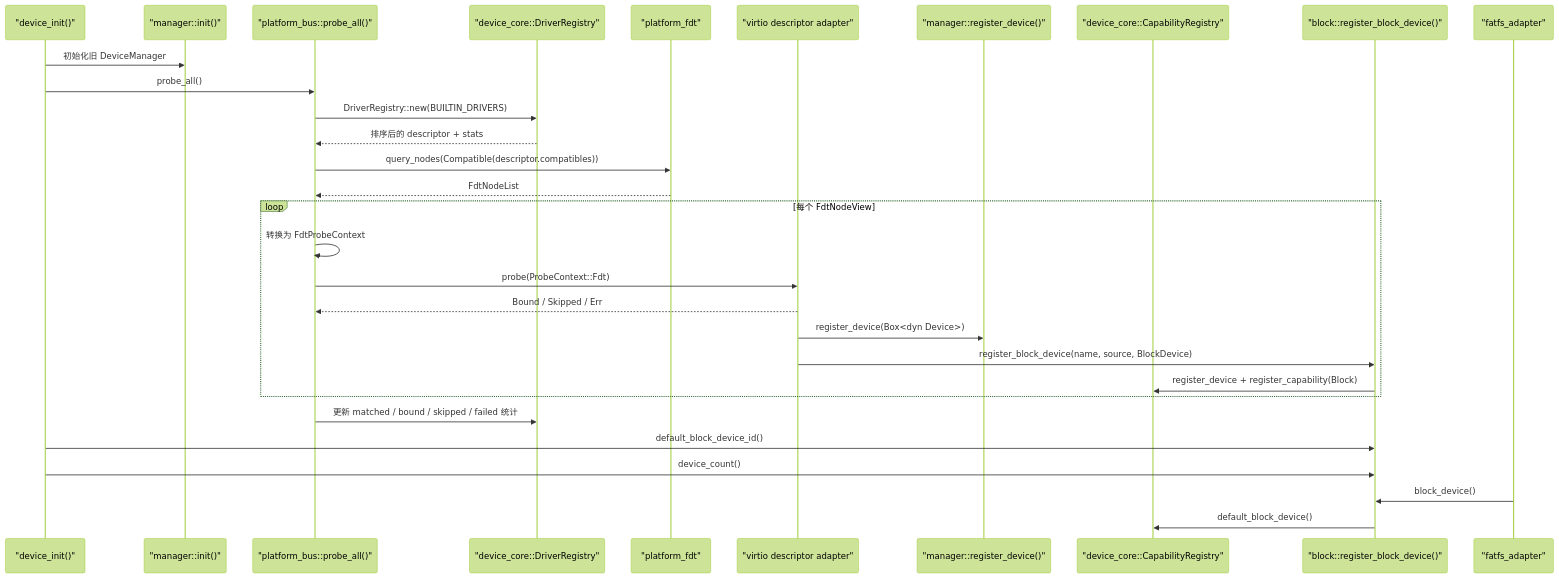
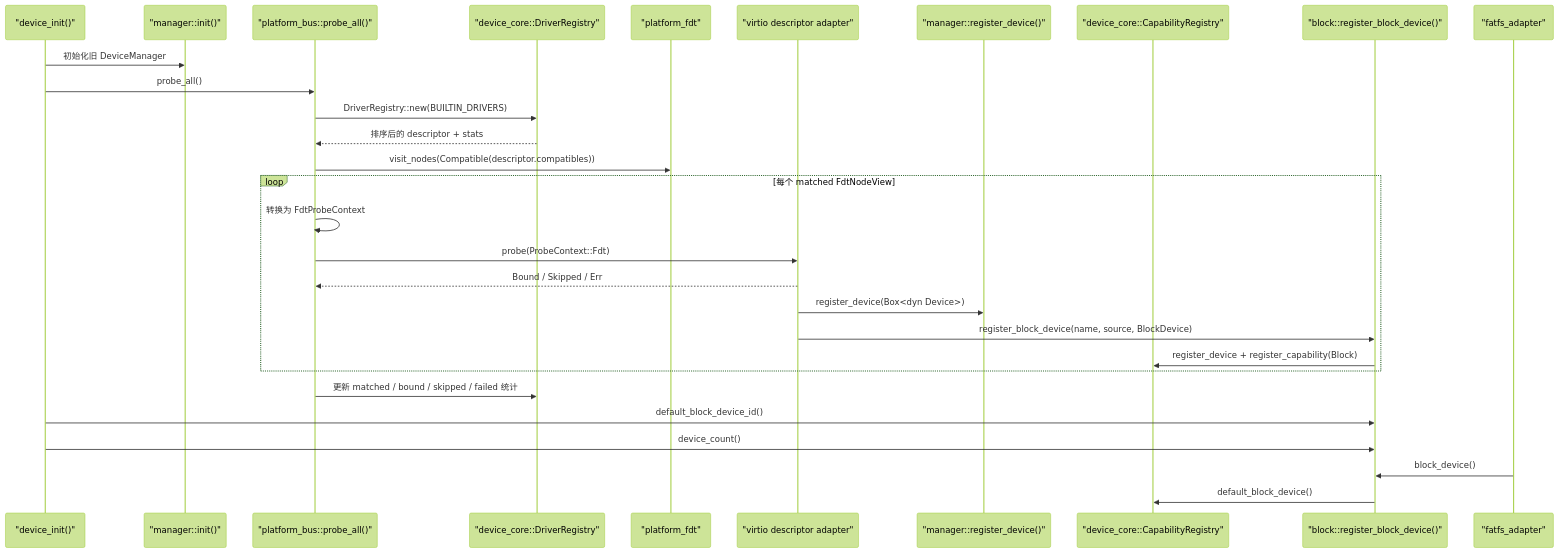
The first of 2 diagrams in docs/design/device-d2-driver-descriptor-probe.md (MRNIU/SimpleKernel), drawn with Mermaid (forest theme) before and after one commit. The commit also changed other lines of this file and 4 other files, not shown here.

First line of the commit message:
fix(device): stream FDT compatible probing

````diff
--- a/docs/design/device-d2-driver-descriptor-probe.md
+++ b/docs/design/device-d2-driver-descriptor-probe.md
@@ -94,33 +94,32 @@
 ```mermaid
 sequenceDiagram
   participant Init as "device_init()"
   participant Manager as "manager::init()"
   participant Bus as "platform_bus::probe_all()"
   participant Registry as "device_core::DriverRegistry"
   participant Fdt as "platform_fdt"
   participant Virtio as "virtio descriptor adapter"
   participant DeviceManager as "manager::register_device()"
   participant Capability as "device_core::CapabilityRegistry"
   participant Block as "block::register_block_device()"
   participant Fs as "fatfs_adapter"
 
   Init->>Manager: 初始化旧 DeviceManager
   Init->>Bus: probe_all()
   Bus->>Registry: DriverRegistry::new(BUILTIN_DRIVERS)
   Registry-->>Bus: 排序后的 descriptor + stats
-  Bus->>Fdt: query_nodes(Compatible(descriptor.compatibles))
-  Fdt-->>Bus: FdtNodeList
-  loop 每个 FdtNodeView
+  Bus->>Fdt: visit_nodes(Compatible(descriptor.compatibles))
+  loop 每个 matched FdtNodeView
     Bus->>Bus: 转换为 FdtProbeContext
     Bus->>Virtio: probe(ProbeContext::Fdt)
     Virtio-->>Bus: Bound / Skipped / Err
     Virtio->>DeviceManager: register_device(Box<dyn Device>)
     Virtio->>Block: register_block_device(name, source, BlockDevice)
     Block->>Capability: register_device + register_capability(Block)
   end
   Bus->>Registry: 更新 matched / bound / skipped / failed 统计
   Init->>Block: default_block_device_id()
   Init->>Block: device_count()
   Fs->>Block: block_device()
   Block->>Capability: default_block_device()
 ```
````
